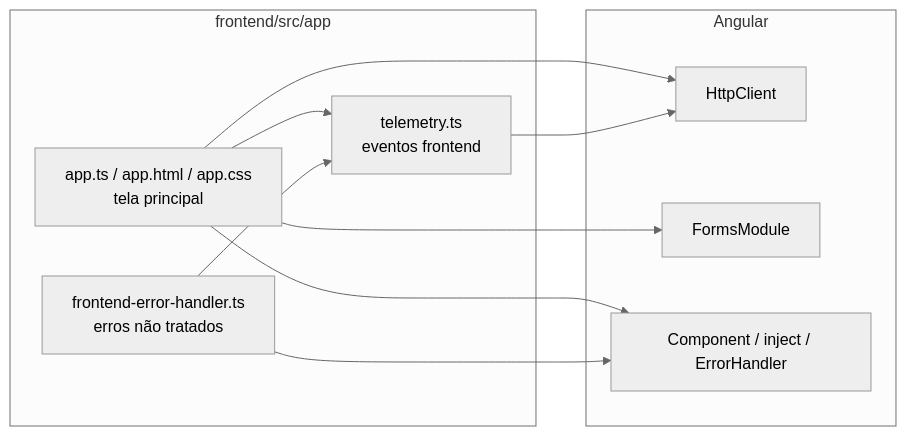
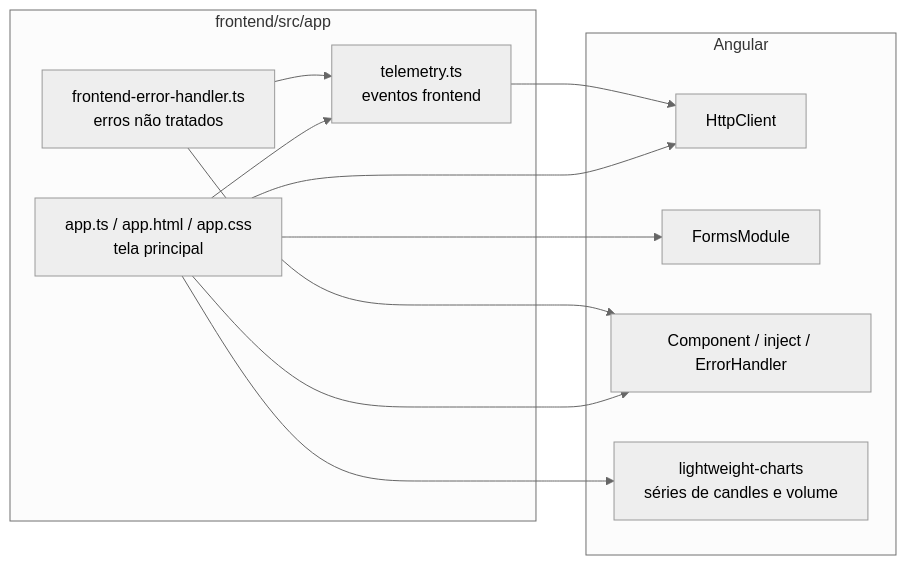
The second of 2 diagrams in B3-Web-App/docs/diagrama-pacotes.md (BiellBatista/Python.DataEngineering), drawn with Mermaid (neutral theme) before and after one commit. The commit also changed 25 other files, not shown here.

First line of the commit message:
feat: add Gold candles chart tab and rename app to Data Process

````diff
--- a/B3-Web-App/docs/diagrama-pacotes.md
+++ b/B3-Web-App/docs/diagrama-pacotes.md
@@ -31,21 +31,23 @@
 ```mermaid
 flowchart LR
     subgraph App["frontend/src/app"]
         Root["app.ts / app.html / app.css<br/>tela principal"]
         Telemetry["telemetry.ts<br/>eventos frontend"]
         ErrorHandler["frontend-error-handler.ts<br/>erros não tratados"]
     end
     subgraph Framework["Angular"]
         HTTP["HttpClient"]
         Forms["FormsModule"]
         Core["Component / inject / ErrorHandler"]
+        LWC["lightweight-charts<br/>séries de candles e volume"]
     end
 
     Root --> HTTP
     Root --> Forms
     Root --> Telemetry
+    Root --> LWC
     ErrorHandler --> Telemetry
     Telemetry --> HTTP
     Root --> Core
     ErrorHandler --> Core
 ```
````
